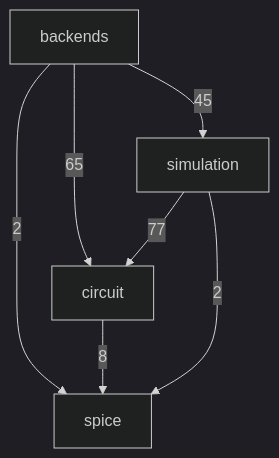
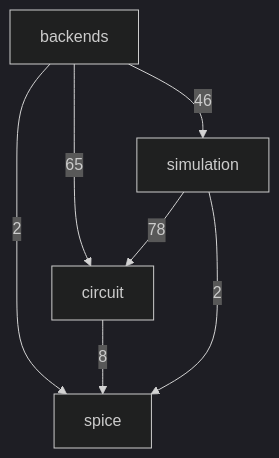
The second of 3 diagrams in docs/architecture.md (ronnymilleo/imcsim), drawn with Mermaid (dark theme) before and after one commit.

Commit message:
Update architecture include diagram

````diff
--- a/docs/architecture.md
+++ b/docs/architecture.md
@@ -33,13 +33,13 @@
 ```mermaid
 flowchart TD
     app_core_spice[spice]
     app_core_circuit[circuit]
     app_core_simulation[simulation]
     app_core_backends[backends]
     app_core_backends -->|65| app_core_circuit
-    app_core_backends -->|45| app_core_simulation
+    app_core_backends -->|46| app_core_simulation
     app_core_backends -->|2| app_core_spice
     app_core_circuit -->|8| app_core_spice
-    app_core_simulation -->|77| app_core_circuit
+    app_core_simulation -->|78| app_core_circuit
     app_core_simulation -->|2| app_core_spice
 ```
````
